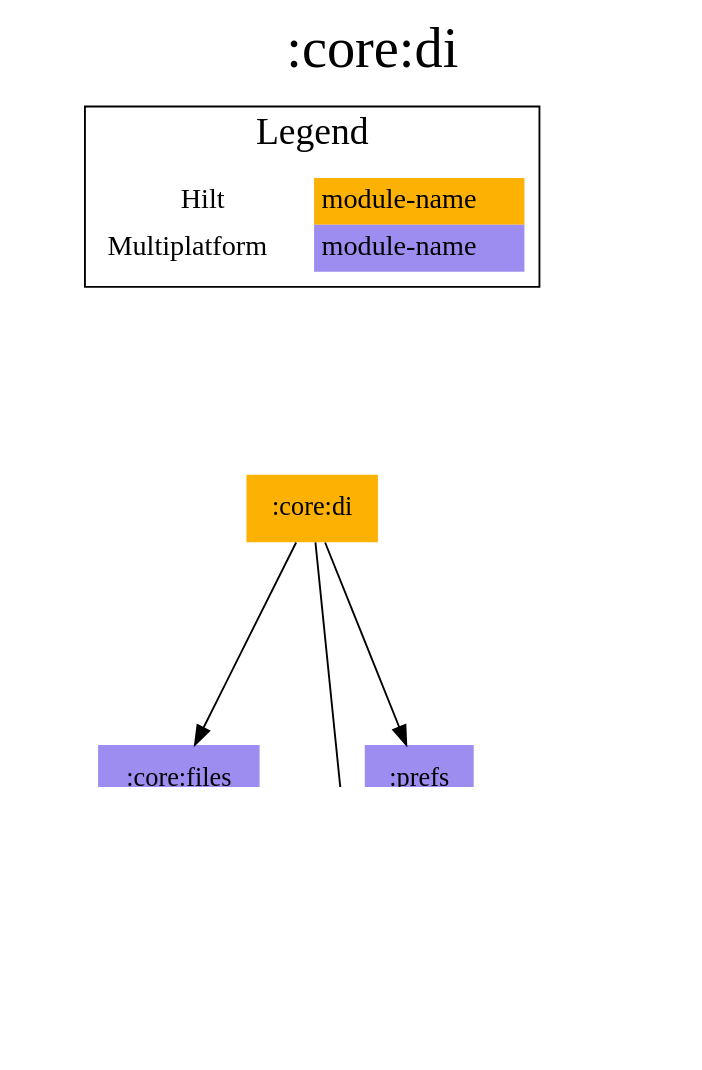
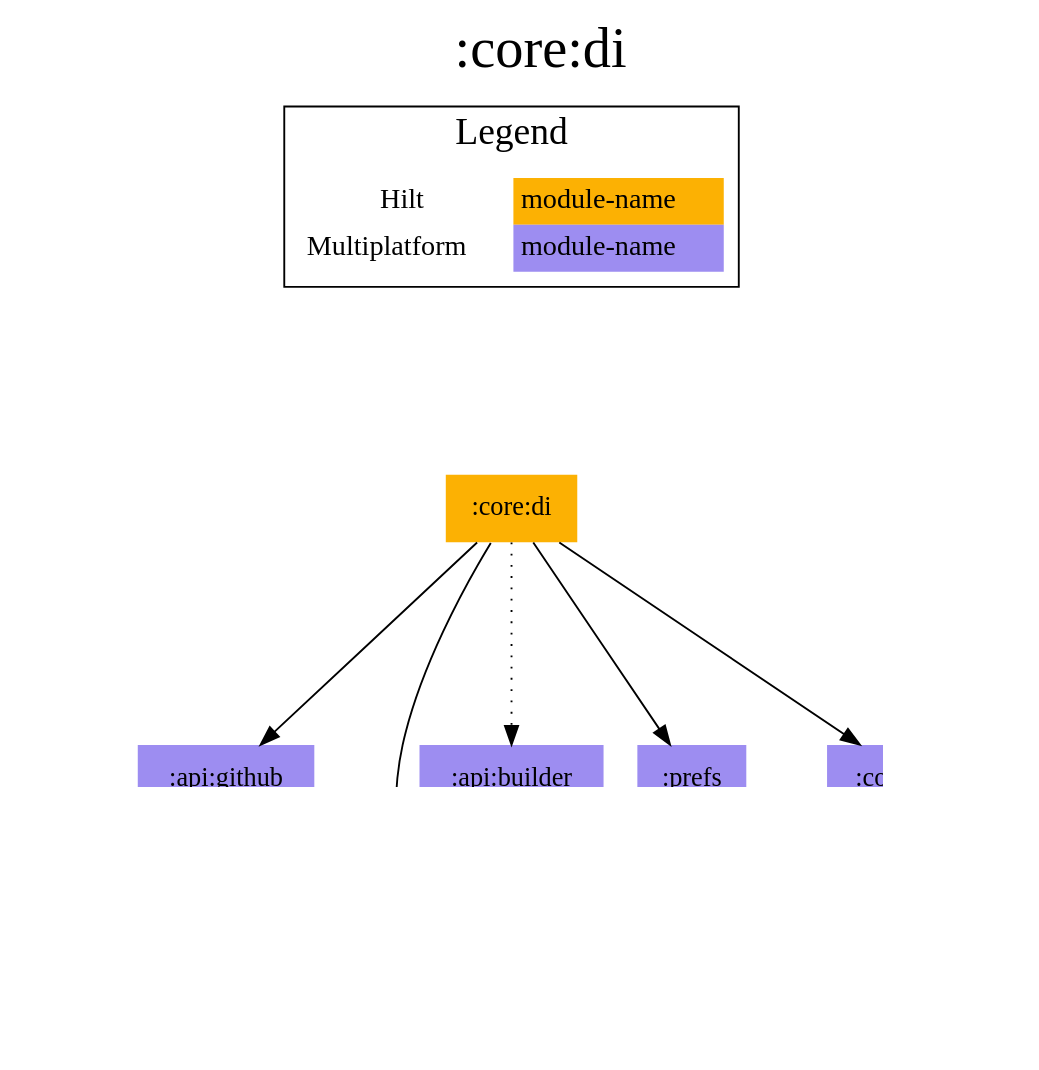
Before and after one commit to jonapoul/aktual: the diagram in modules/core/di/modules.dot, drawn with Graphviz. The commit also changed 13 other files, not shown here.

```diff
--- a/modules/core/di/modules.dot
+++ b/modules/core/di/modules.dot
@@ -1,32 +1,40 @@
 digraph {
 edge ["dir"="forward"]
 graph ["dpi"="100","label"=":core:di","labelloc"="t","fontsize"="30","ranksep"="1.5","rankdir"="TB"]
 node ["style"="filled"]
 ":account:model" ["fillcolor"="#9D8DF1","shape"="none"]
+":api:builder" ["fillcolor"="#9D8DF1","shape"="none"]
+":api:github" ["fillcolor"="#9D8DF1","shape"="none"]
 ":budget:model" ["fillcolor"="#9D8DF1","shape"="none"]
+":codegen:annotation" ["fillcolor"="#9D8DF1","shape"="none"]
 ":core:di" ["fillcolor"="#FCB103","shape"="none"]
 ":core:files" ["fillcolor"="#9D8DF1","shape"="none"]
 ":core:model" ["fillcolor"="#9D8DF1","shape"="none"]
 ":prefs" ["fillcolor"="#9D8DF1","shape"="none"]
 {
 edge ["dir"="none"]
 graph ["rank"="same"]
 ":core:di"
 }
+":api:builder" -> ":core:model"
+":api:github" -> ":codegen:annotation" ["style"="dotted"]
+":api:github" -> ":core:model"
+":core:di" -> ":api:builder" ["style"="dotted"]
+":core:di" -> ":api:github"
 ":core:di" -> ":core:files"
 ":core:di" -> ":core:model"
 ":core:di" -> ":prefs"
 ":core:files" -> ":budget:model"
 ":prefs" -> ":account:model"
 ":prefs" -> ":core:model"
 subgraph "cluster_legend" {
 edge ["dir"="none"]
 graph ["label"="Legend","fontsize"="20"]
 "Legend" ["style"="filled","fillcolor"="#FFFFFF","shape"="none","margin"="0","fontsize"="15","label"=<
 <TABLE BORDER="0" CELLBORDER="0" CELLSPACING="0" CELLPADDING="4">
 <TR><TD>Hilt</TD><TD BGCOLOR="#FCB103">module-name</TD></TR>
 <TR><TD>Multiplatform</TD><TD BGCOLOR="#9D8DF1">module-name</TD></TR>
 </TABLE>
 >]
 } -> ":core:di" ["style"="invis"]
 }
```
